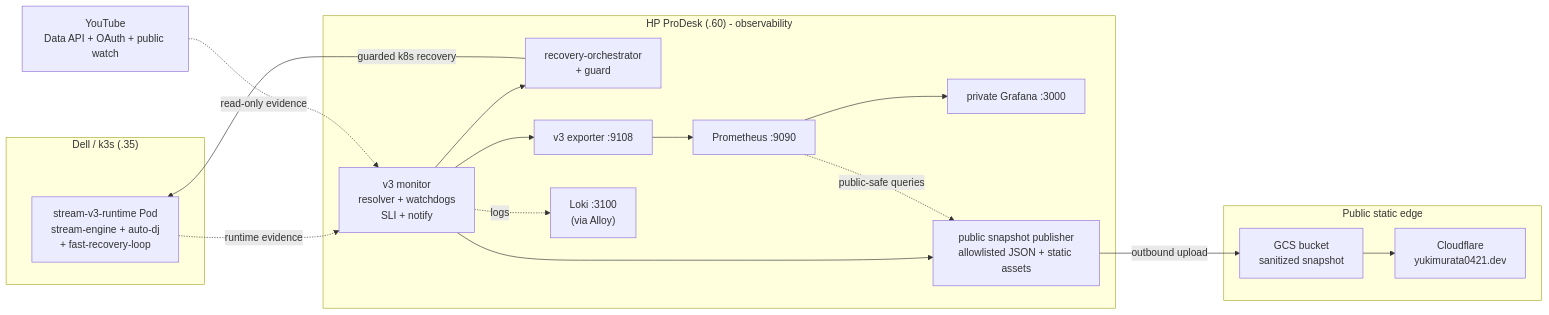
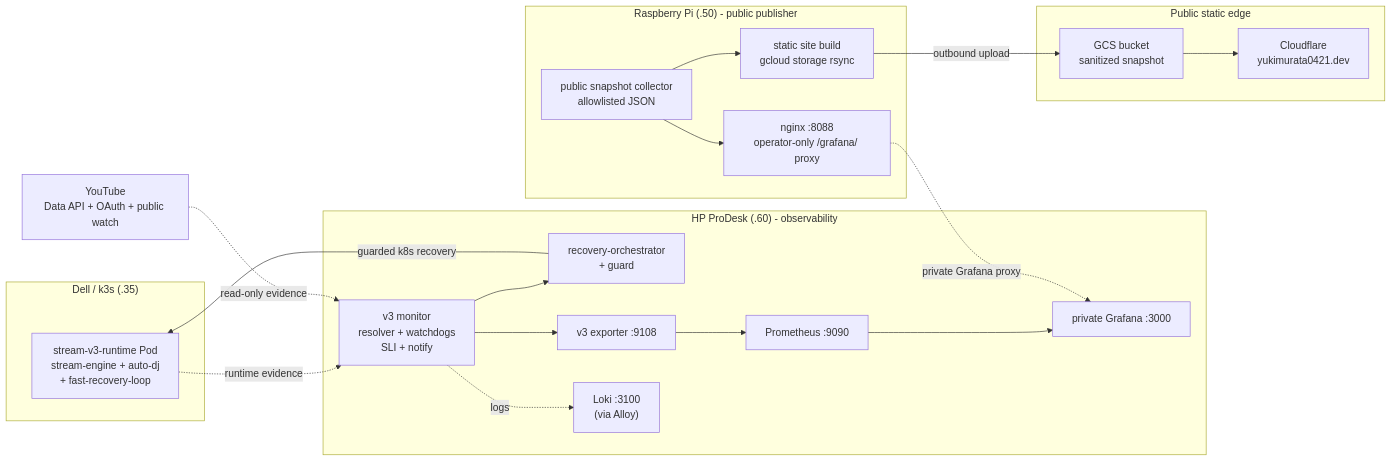
Before and after one commit to yukimurata0421/live-stream-systems-case-study: the second of 2 diagrams in README.md, drawn with Mermaid. The commit also changed other lines of this file and 11 other files, not shown here.

Commit message:
Correct Raspberry Pi public snapshot publisher path

````diff
--- a/README.md
+++ b/README.md
@@ -97,33 +100,39 @@
 ```mermaid
 flowchart LR
     subgraph DELL["Dell / k3s (.35)"]
         RUN["stream-v3-runtime Pod<br/>stream-engine + auto-dj<br/>+ fast-recovery-loop"]
     end
 
     subgraph PD["HP ProDesk (.60) - observability"]
         MON["v3 monitor<br/>resolver + watchdogs<br/>SLI + notify"]
         ORCH["recovery-orchestrator<br/>+ guard"]
         EXP["v3 exporter :9108"]
         PROM["Prometheus :9090"]
         LOKI["Loki :3100<br/>(via Alloy)"]
         GRAF["private Grafana :3000"]
-        PUB["public snapshot publisher<br/>allowlisted JSON + static assets"]
+    end
+
+    subgraph RPI["Raspberry Pi (.50) - public publisher"]
+        NGINX["nginx :8088<br/>operator-only /grafana/ proxy"]
+        COLL["public snapshot collector<br/>allowlisted JSON"]
+        PUB["static site build<br/>gcloud storage rsync"]
     end
 
     subgraph EDGE["Public static edge"]
         GCS["GCS bucket<br/>sanitized snapshot"]
         CF["Cloudflare<br/>yukimurata0421.dev"]
     end
 
     YT["YouTube<br/>Data API + OAuth + public watch"]
 
     RUN -. runtime evidence .-> MON
     YT -. read-only evidence .-> MON
     MON --> ORCH
     ORCH -->|"guarded k8s recovery"| RUN
     MON --> EXP --> PROM --> GRAF
     MON -. logs .-> LOKI
-    MON --> PUB
-    PROM -. public-safe queries .-> PUB
+    COLL --> NGINX
+    NGINX -. private Grafana proxy .-> GRAF
+    COLL --> PUB
     PUB -->|"outbound upload"| GCS --> CF
 ```
````
